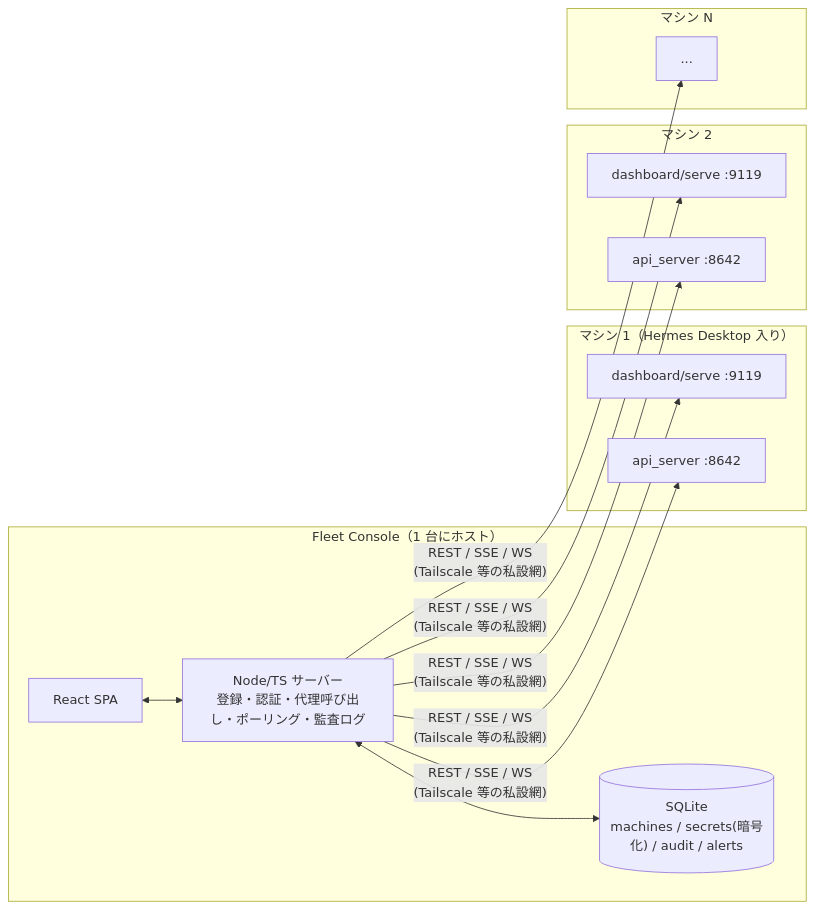
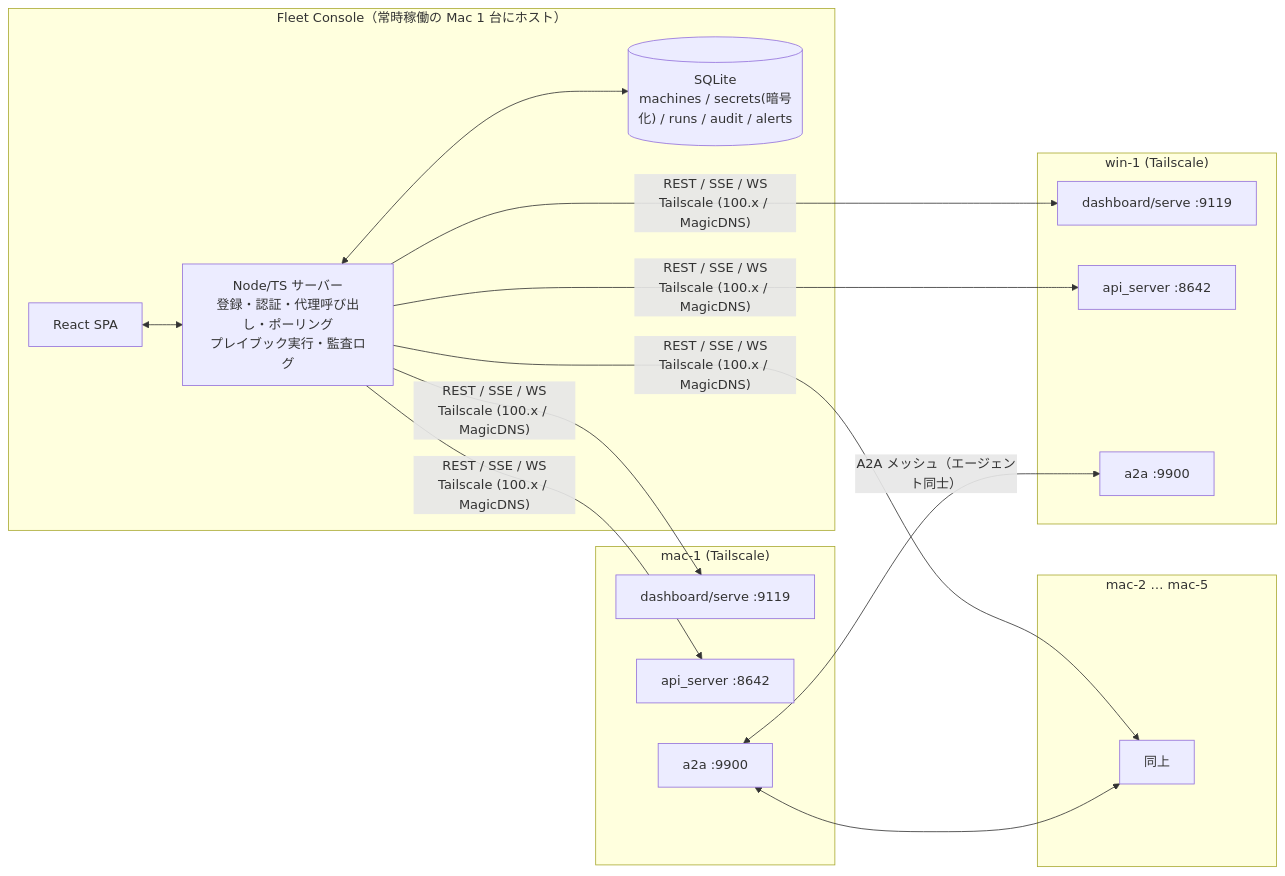
The diagram in docs/planning/hermes-fleet-console.md (halz/test), drawn with Mermaid before and after one commit. The commit also changed other lines of this file, not shown here.

First line of the commit message:
Finalize fleet console plan with confirmed requirements

````diff
--- a/docs/planning/hermes-fleet-console.md
+++ b/docs/planning/hermes-fleet-console.md
@@ -104,24 +112,28 @@
 ```mermaid
 flowchart LR
-  subgraph Console["Fleet Console（1 台にホスト）"]
+  subgraph Console["Fleet Console（常時稼働の Mac 1 台にホスト）"]
     UI["React SPA"]
-    API["Node/TS サーバー<br/>登録・認証・代理呼び出し・ポーリング・監査ログ"]
-    DB[("SQLite<br/>machines / secrets(暗号化) / audit / alerts")]
+    API["Node/TS サーバー<br/>登録・認証・代理呼び出し・ポーリング<br/>プレイブック実行・監査ログ"]
+    DB[("SQLite<br/>machines / secrets(暗号化) / runs / audit / alerts")]
     UI <--> API
     API <--> DB
   end
 
-  subgraph M1["マシン 1（Hermes Desktop 入り）"]
+  subgraph Mac1["mac-1 (Tailscale)"]
     D1["dashboard/serve :9119"]
     A1["api_server :8642"]
+    P1["a2a :9900"]
   end
-  subgraph M2["マシン 2"]
-    D2["dashboard/serve :9119"]
-    A2["api_server :8642"]
+  subgraph Mac2["mac-2 … mac-5"]
+    D2["同上"]
   end
-  subgraph Mn["マシン N"]
-    Dn["..."]
+  subgraph Win["win-1 (Tailscale)"]
+    Dw["dashboard/serve :9119"]
+    Aw["api_server :8642"]
+    Pw["a2a :9900"]
   end
 
-  API -- "REST / SSE / WS<br/>(Tailscale 等の私設網)" --> D1 & A1 & D2 & A2 & Dn
+  API -- "REST / SSE / WS<br/>Tailscale (100.x / MagicDNS)" --> D1 & A1 & D2 & Dw & Aw
+  P1 <-- "A2A メッシュ（エージェント同士）" --> Pw
+  P1 <--> D2
 ```
````
